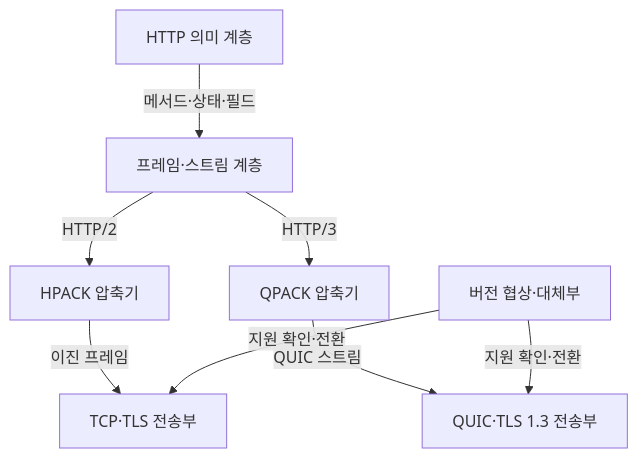
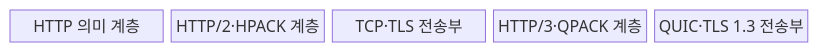
Before and after one commit to agnusdei1207/knowledge-base: the first of 2 diagrams in src/content/docs/notes/04-network/108_http2_http3_comparison.md, drawn with Mermaid. The commit also changed other lines of this file and 21 other files, not shown here.

````diff
--- a/src/content/docs/notes/04-network/108_http2_http3_comparison.md
+++ b/src/content/docs/notes/04-network/108_http2_http3_comparison.md
@@ -57,10 +58,9 @@
 ```mermaid
-flowchart TB
-    A["HTTP 의미 계층"] -->|메서드·상태·필드| B["프레임·스트림 계층"]
-    B -->|HTTP/2| C["HPACK 압축기"]
-    B -->|HTTP/3| D["QPACK 압축기"]
-    C -->|이진 프레임| E["TCP·TLS 전송부"]
-    D -->|QUIC 스트림| F["QUIC·TLS 1.3 전송부"]
-    G["버전 협상·대체부"] -->|지원 확인·전환| E
-    G -->|지원 확인·전환| F
+block-beta
+    columns 5
+    A["HTTP 의미 계층"]
+    B["HTTP/2·HPACK 계층"]
+    C["TCP·TLS 전송부"]
+    D["HTTP/3·QPACK 계층"]
+    E["QUIC·TLS 1.3 전송부"]
 ```
````
